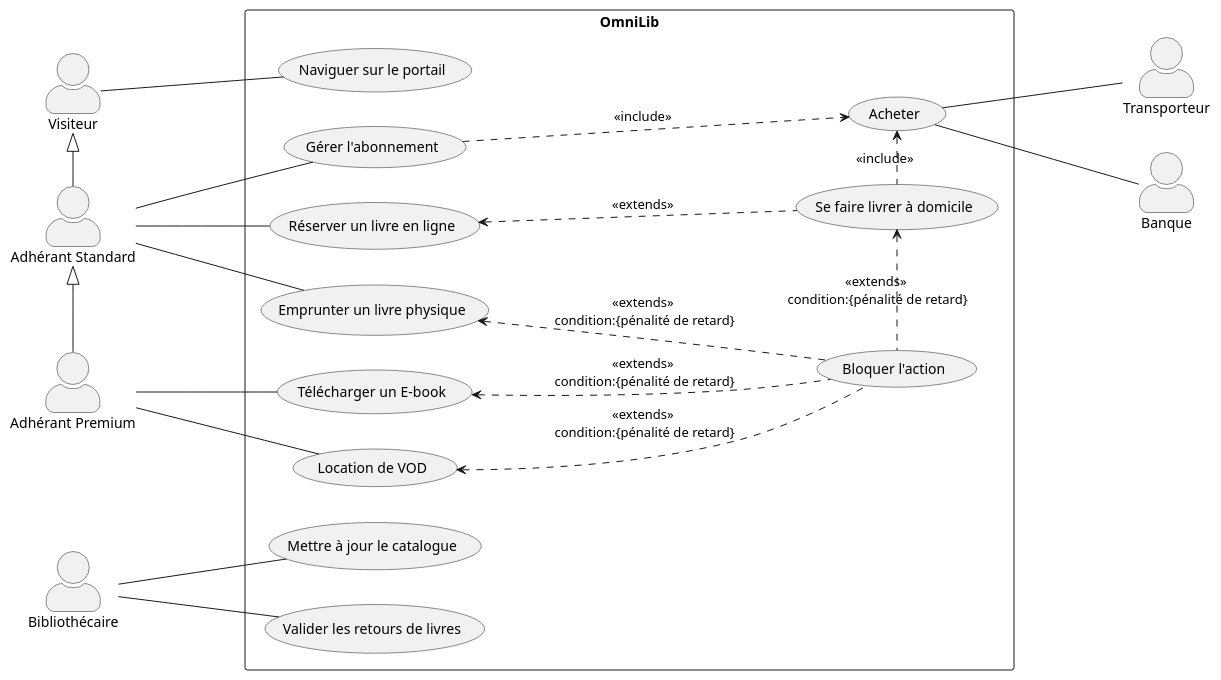
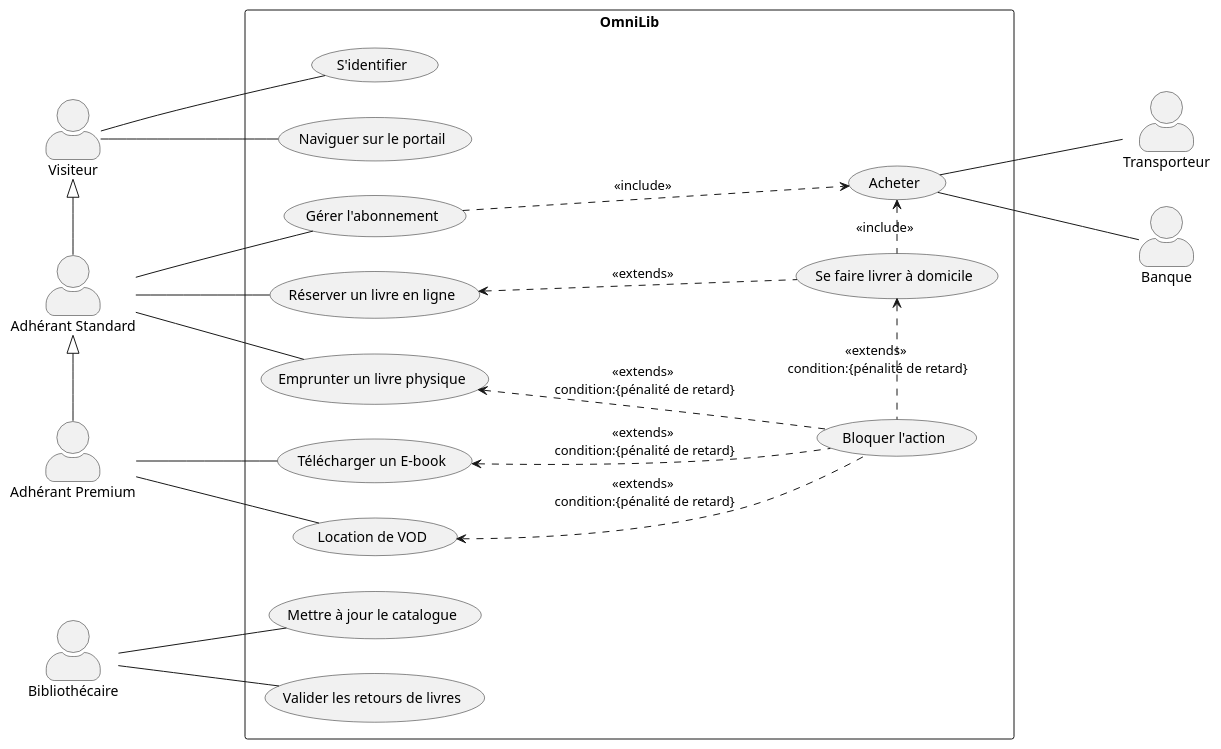
One commit to QDeh/OmniLib changed the first of 3 diagrams in README.md. Above: the diagram before and after it, drawn with PlantUML. The commit also changed other lines of this file and 2 other files, not shown here.

Commit message:
ajout du diagramme des classes + correction des autres diagrammes

````diff
--- a/README.md
+++ b/README.md
@@ -9,55 +9,58 @@
 ```plantuml
 @startuml
 
 skinparam actorStyle awesome
 left to right direction
 
 together{
     actor "Visiteur" as Visiteur
-    actor "Adhérant Standard" as AdhérantStandard
-    actor "Adhérant Premium" as AdhérantPremium
+    actor "Adhérant Standard" as AdherantStandard
+    actor "Adhérant Premium" as AdherantPremium
 }
 
-actor "Bibliothécaire" as Bibliothécaire
+actor "Bibliothécaire" as Bibliothecaire
 
 rectangle "OmniLib"{
+    usecase "S'identifier" as Identifier
     usecase "Naviguer sur le portail" as Naviguer
-    usecase "Gérer l'abonnement" as Gérer
+    usecase "Gérer l'abonnement" as Gerer
     usecase "Emprunter un livre physique" as Emprunter
-    usecase "Réserver un livre en ligne" as Réserver
+    usecase "Réserver un livre en ligne" as Reserver
     usecase "Se faire livrer à domicile" as Livraison
     usecase "Acheter" as Acheter
-    usecase "Télécharger un E-book" as Télécharger
+    usecase "Télécharger un E-book" as Telecharger
     usecase "Location de VOD" as Location
     usecase "Bloquer l'action" as Bloquer
     usecase "Mettre à jour le catalogue" as MettreAJour
     usecase "Valider les retours de livres" as Valider 
 }
 
 together{
     actor "Transporteur" as Transporteur
     actor "Banque" as Banque
 }
 
-Gérer -.-> Acheter : <<include>>
-AdhérantStandard -left-|> Visiteur
-AdhérantPremium -left-|> AdhérantStandard
+Visiteur --- Identifier
+Gerer -[hidden]right-> Reserver
+Gerer -.-> Acheter : <<include>>
+AdherantStandard -left-|> Visiteur
+AdherantPremium -left-|> AdherantStandard
 Visiteur --- Naviguer
-AdhérantStandard --- Emprunter
-AdhérantStandard --- Réserver
-AdhérantStandard --- Gérer
-AdhérantPremium --- Télécharger
-AdhérantPremium --- Location
-Réserver <-.- Livraison : <<extends>>
+AdherantStandard --- Emprunter
+AdherantStandard --- Reserver
+AdherantStandard --- Gerer
+AdherantPremium --- Telecharger
+AdherantPremium --- Location
+Reserver <-.- Livraison : <<extends>>
 Location <-.- Bloquer : <<extends>>\n condition:{pénalité de retard}
-Télécharger <-.- Bloquer : <<extends>>\n condition:{pénalité de retard}
+Telecharger <-.- Bloquer : <<extends>>\n condition:{pénalité de retard}
 Emprunter <-.- Bloquer : <<extends>>\n condition:{pénalité de retard}
 Livraison <-right.- Bloquer : <<extends>>\n condition:{pénalité de retard}
 Livraison -left.-> Acheter : <<include>>
 Acheter --- Transporteur
 Acheter --- Banque
-Bibliothécaire --- MettreAJour
-Bibliothécaire --- Valider
+Bibliothecaire --- MettreAJour
+Bibliothecaire --- Valider
 
 @enduml
 ```
````
